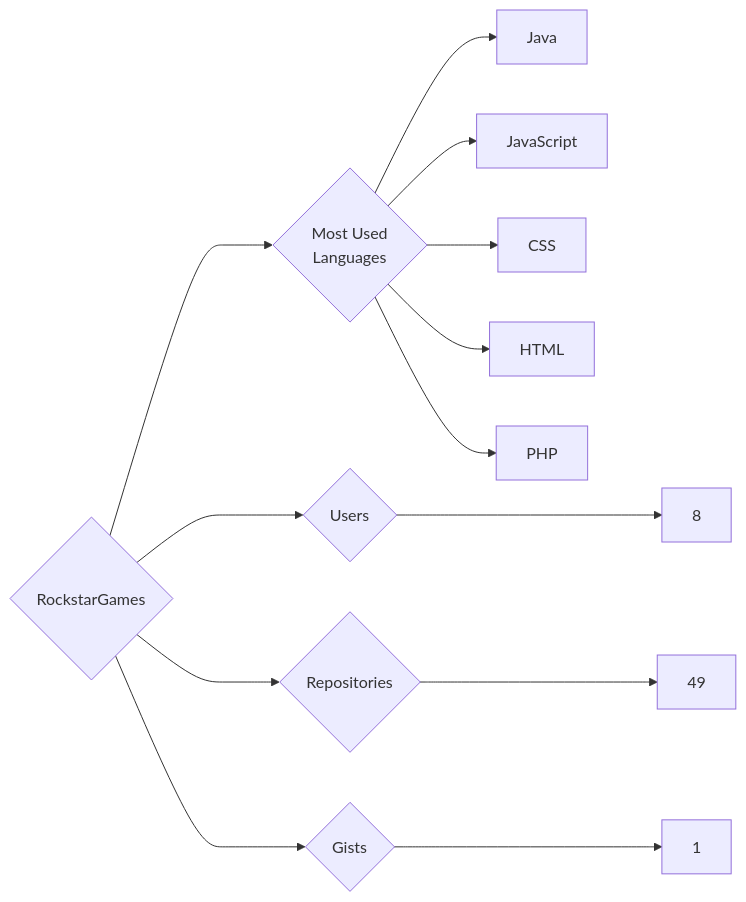
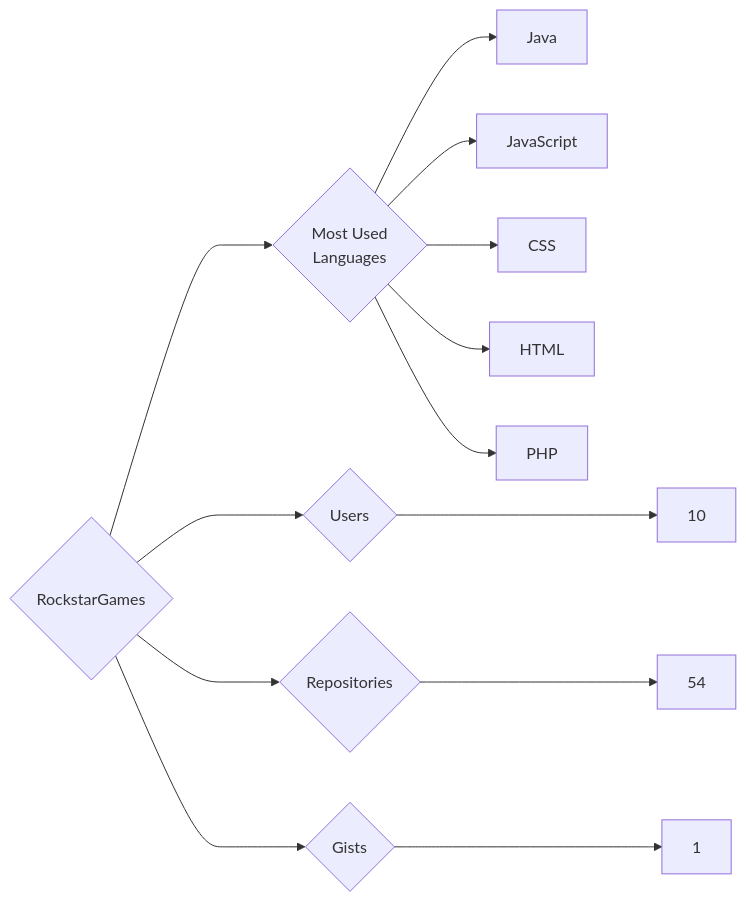
One commit to trickest/insiders changed the diagram in targets/RockstarGames/README.md. Above: the diagram before and after it, drawn with Mermaid. The commit also changed 1248 other files, not shown here.

````diff
--- a/targets/RockstarGames/README.md
+++ b/targets/RockstarGames/README.md
@@ -3,13 +3,13 @@
 ```mermaid
 graph LR
 COMPANY_NAME{RockstarGames}
-COMPANY_NAME ---> U{Users} ---> UN[8]
-COMPANY_NAME ---> R{Repositories} ---> RN[49]
+COMPANY_NAME ---> U{Users} ---> UN[10]
+COMPANY_NAME ---> R{Repositories} ---> RN[54]
 COMPANY_NAME ---> G{Gists} ---> GN[1]
 COMPANY_NAME ---> ML{Most Used<br>Languages}
 ML --> Java[Java]
 ML --> JavaScript[JavaScript]
 ML --> CSS[CSS]
 ML --> HTML[HTML]
 ML --> PHP[PHP]
 ```
````
